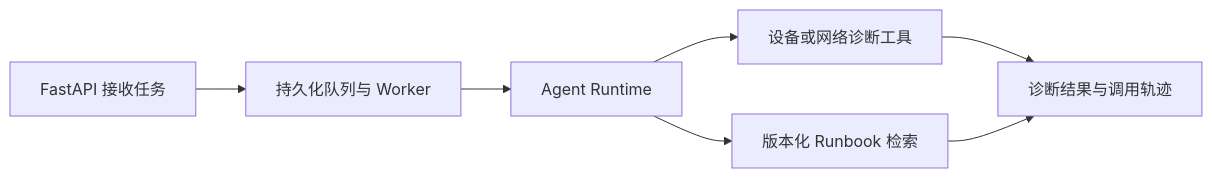
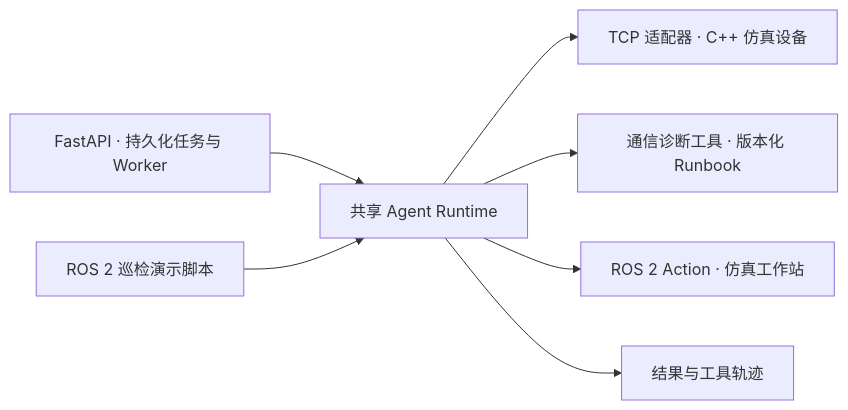
One commit to KristenYue/telecom-network-incident-agent changed the first of 3 diagrams in README.md. Above: the diagram before and after it, drawn with Mermaid. The commit also changed other lines of this file, not shown here.

````diff
--- a/README.md
+++ b/README.md
@@ -16,9 +12,9 @@
 ```mermaid
 flowchart LR
-    A["FastAPI 接收任务"] --> B["持久化队列与 Worker"]
-    B --> C["Agent Runtime"]
-    C --> D["设备或网络诊断工具"]
-    C --> E["版本化 Runbook 检索"]
-    D --> F["诊断结果与调用轨迹"]
-    E --> F
+    A["FastAPI · 持久化任务与 Worker"] --> B["共享 Agent Runtime"]
+    C["ROS 2 巡检演示脚本"] --> B
+    B --> D["TCP 适配器 · C++ 仿真设备"]
+    B --> E["通信诊断工具 · 版本化 Runbook"]
+    B --> F["ROS 2 Action · 仿真工作站"]
+    B --> G["结果与工具轨迹"]
 ```
````
